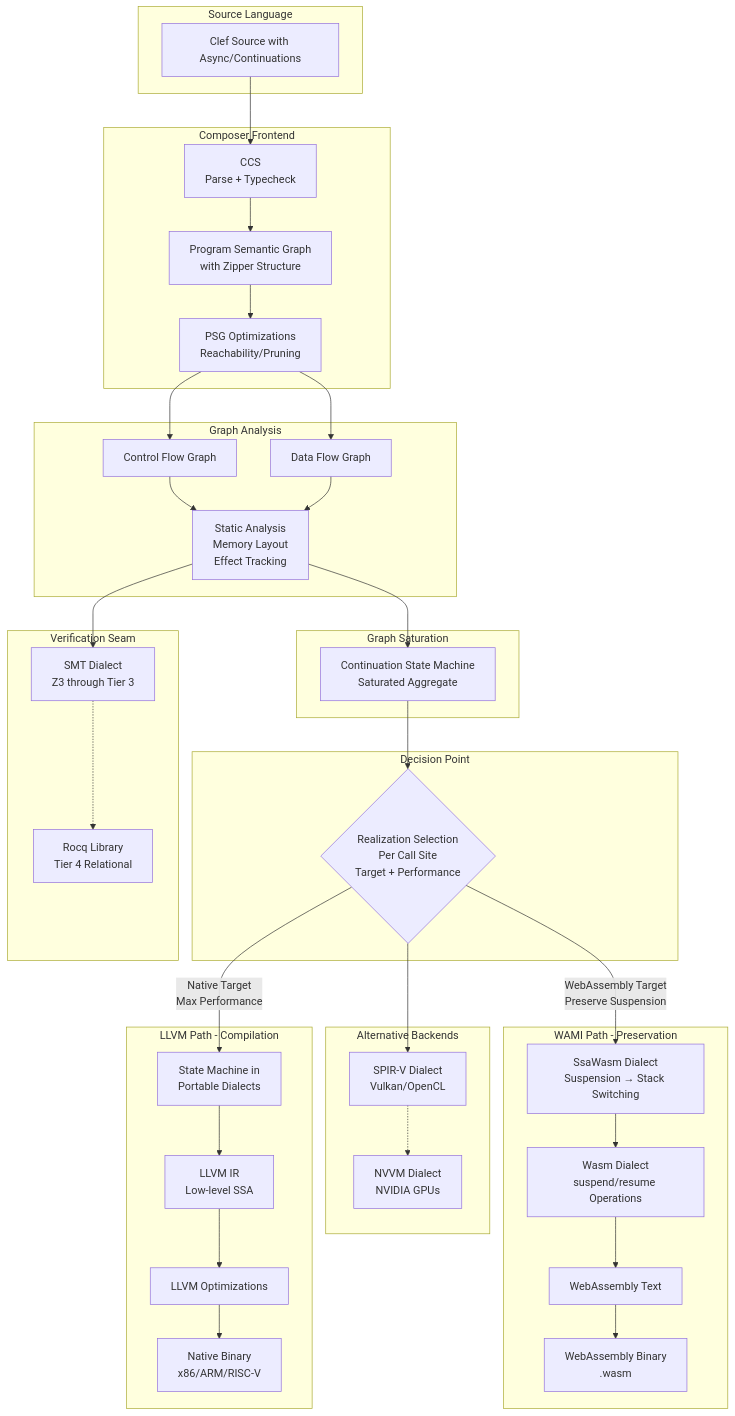
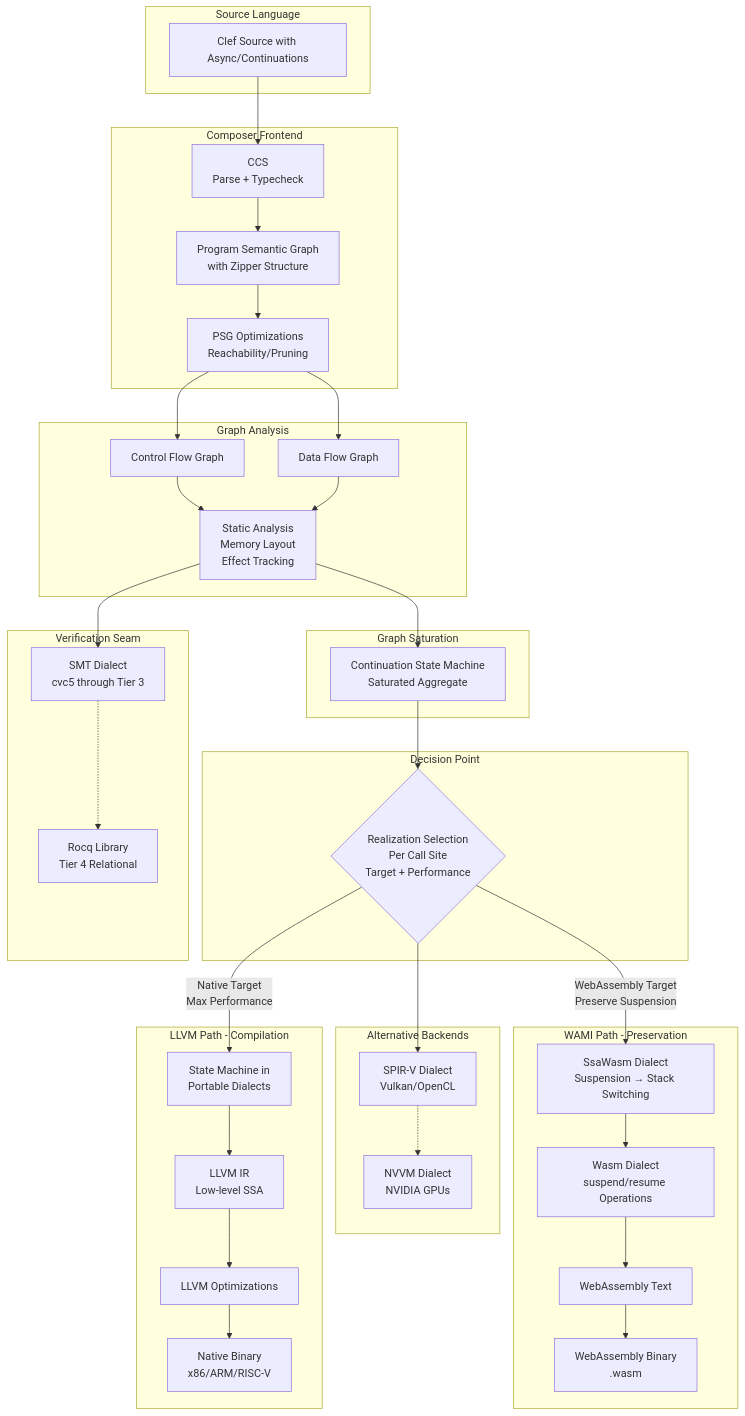
Before and after one commit to FidelityFramework/clef-lang-site: the first of 3 diagrams in hugo/content/docs/design/concurrency/the-continuation-preservation-paradox.md, drawn with Mermaid. The commit also changed 22 other files, not shown here.

````diff
--- a/hugo/content/docs/design/concurrency/the-continuation-preservation-paradox.md
+++ b/hugo/content/docs/design/concurrency/the-continuation-preservation-paradox.md
@@ -44,51 +44,51 @@
 ```mermaid
 flowchart TD
     subgraph "Source Language"
         FS[Clef Source with Async/Continuations]
     end
 
     subgraph "Composer Frontend"
         FS --> FCS[CCS<br/>Parse + Typecheck]
         FCS --> PSG[Program Semantic Graph<br/>with Zipper Structure]
         PSG --> PSGOPT[PSG Optimizations<br/>Reachability/Pruning]
     end
 
     subgraph "Graph Analysis"
         PSGOPT --> CFG[Control Flow Graph]
         PSGOPT --> DFG[Data Flow Graph]
         CFG --> ANALYSIS[Static Analysis<br/>Memory Layout<br/>Effect Tracking]
         DFG --> ANALYSIS
     end
 
     subgraph "Graph Saturation"
         ANALYSIS --> AGG[Continuation State Machine<br/>Saturated Aggregate]
     end
 
     subgraph "Decision Point"
         AGG --> DECIDE{Realization Selection<br/>Per Call Site<br/>Target + Performance}
     end
 
     subgraph "Alternative Backends"
         DECIDE --> SPIRV[SPIR-V Dialect<br/>Vulkan/OpenCL]
         SPIRV -.-> NVVM[NVVM Dialect<br/>NVIDIA GPUs]
     end
 
     subgraph "Verification Seam"
-        ANALYSIS --> SMT[SMT Dialect<br/>Z3 through Tier 3]
+        ANALYSIS --> SMT[SMT Dialect<br/>cvc5 through Tier 3]
         SMT -.-> ROCQ[Rocq Library<br/>Tier 4 Relational]
     end
 
     subgraph "WAMI Path - Preservation"
         DECIDE -->|WebAssembly Target<br/>Preserve Suspension| SSAWASM[SsaWasm Dialect<br/>Suspension → Stack Switching]
         SSAWASM --> WASM[Wasm Dialect<br/>suspend/resume Operations]
         WASM --> WAT[WebAssembly Text]
         WAT --> WBIN[WebAssembly Binary<br/>.wasm]
     end
 
     subgraph "LLVM Path - Compilation"
         DECIDE -->|Native Target<br/>Max Performance| STATE[State Machine in<br/>Portable Dialects]
         STATE --> LLVMIR[LLVM IR<br/>Low-level SSA]
         LLVMIR --> OPT[LLVM Optimizations]
         OPT --> NATIVE[Native Binary<br/>x86/ARM/RISC-V]
     end
 ```
````
